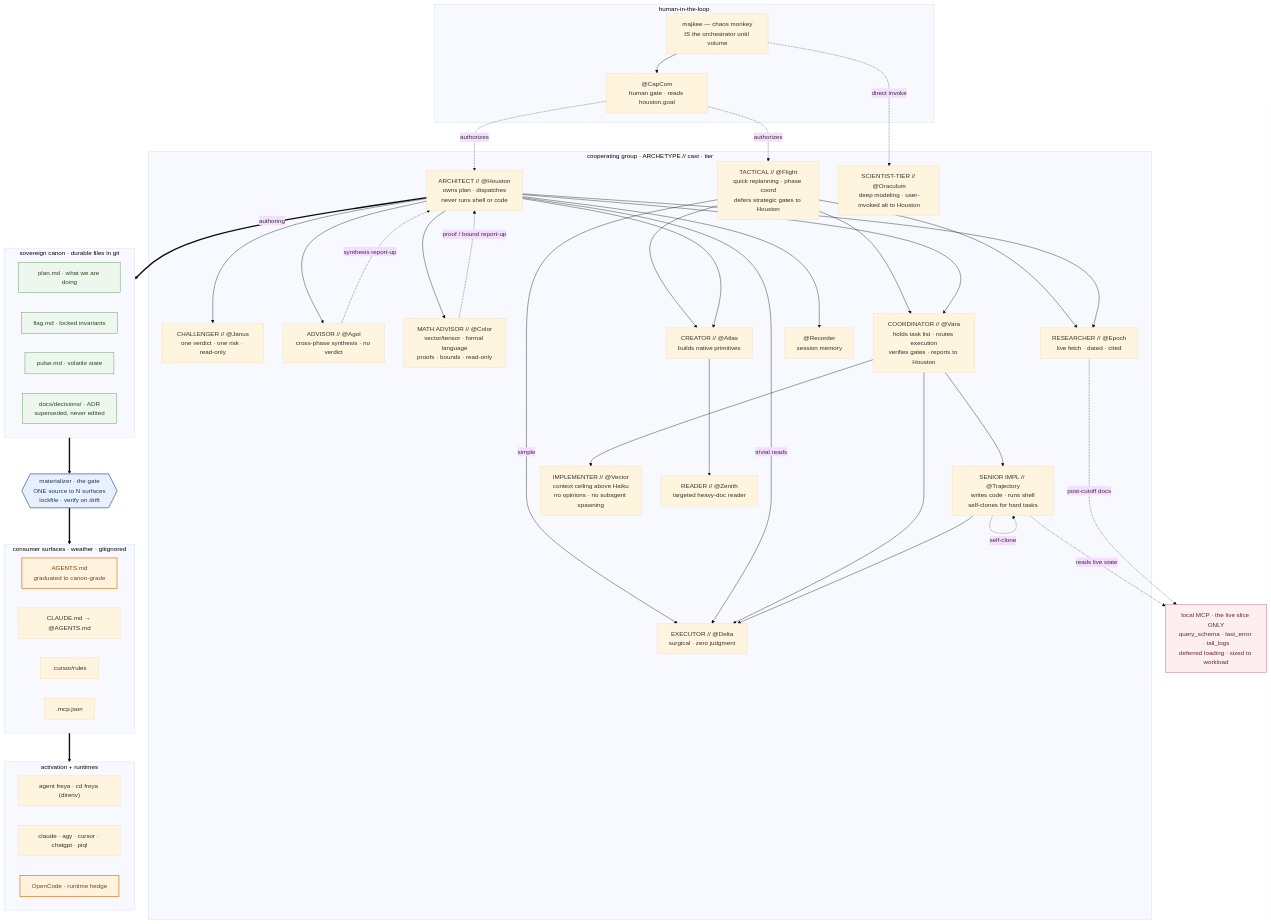
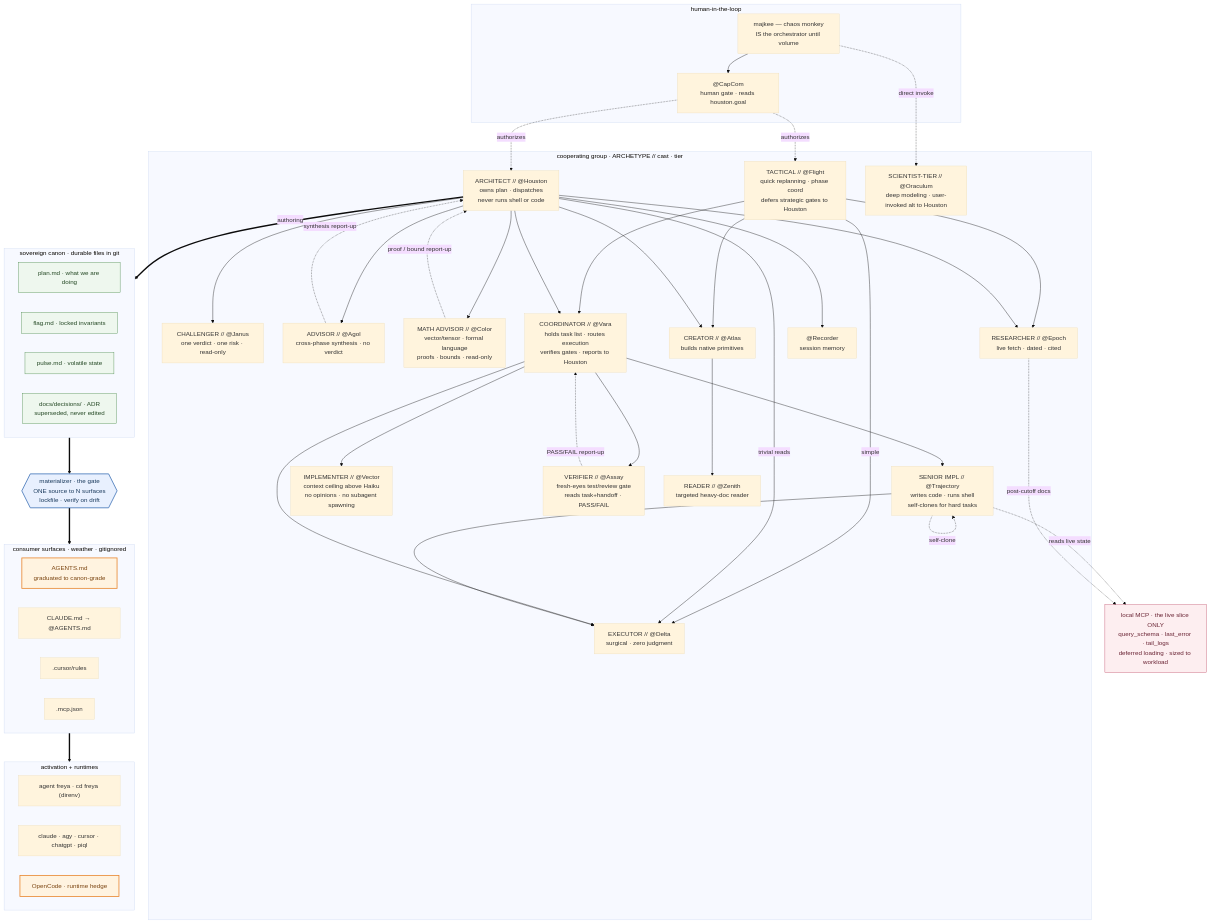
One commit to hruzam/reposoma changed the diagram in temple/system-map.md. Above: the diagram before and after it, drawn with Mermaid (base theme). The commit also changed other lines of this file and 65 other files, not shown here.

```diff
--- a/temple/system-map.md
+++ b/temple/system-map.md
@@ -29,6 +29,7 @@
         TRA["SENIOR IMPL // @Trajectory<br/>writes code · runs shell<br/>self-clones for hard tasks"]
         VEC["IMPLEMENTER // @Vector<br/>context ceiling above Haiku<br/>no opinions · no subagent spawning"]
         DEL["EXECUTOR // @Delta<br/>surgical · zero judgment"]
+        ASS["VERIFIER // @Assay<br/>fresh-eyes test/review gate<br/>reads task+handoff · PASS/FAIL"]
         ATL["CREATOR // @Atlas<br/>builds native primitives"]
         ZEN["READER // @Zenith<br/>targeted heavy-doc reader"]
         ORA["SCIENTIST-TIER // @Oraculum<br/>deep modeling · user-invoked alt to Houston"]
@@ -53,6 +54,8 @@
     VARA --> TRA
     VARA --> VEC
     VARA --> DEL
+    VARA --> ASS
+    ASS -.PASS/FAIL report-up.-> VARA
     TRA --> DEL
     TRA -.self-clone.-> TRA
     ATL --> ZEN
```
